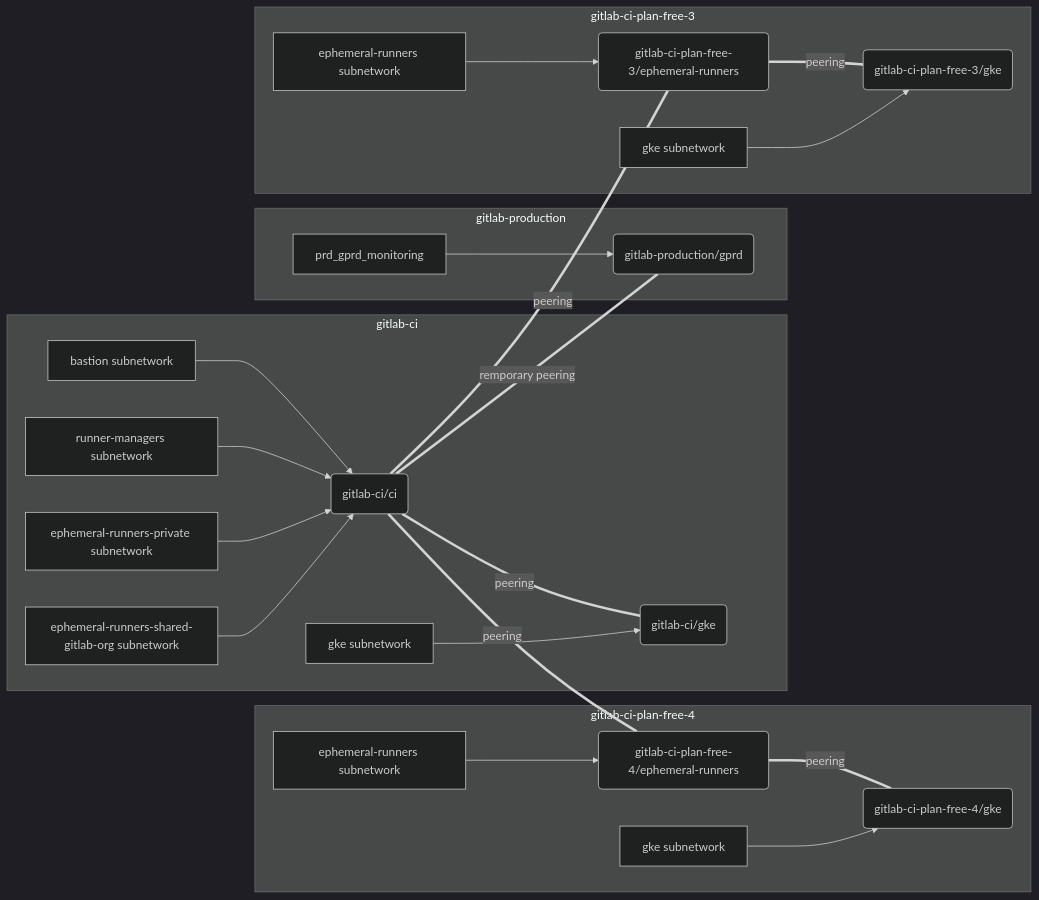
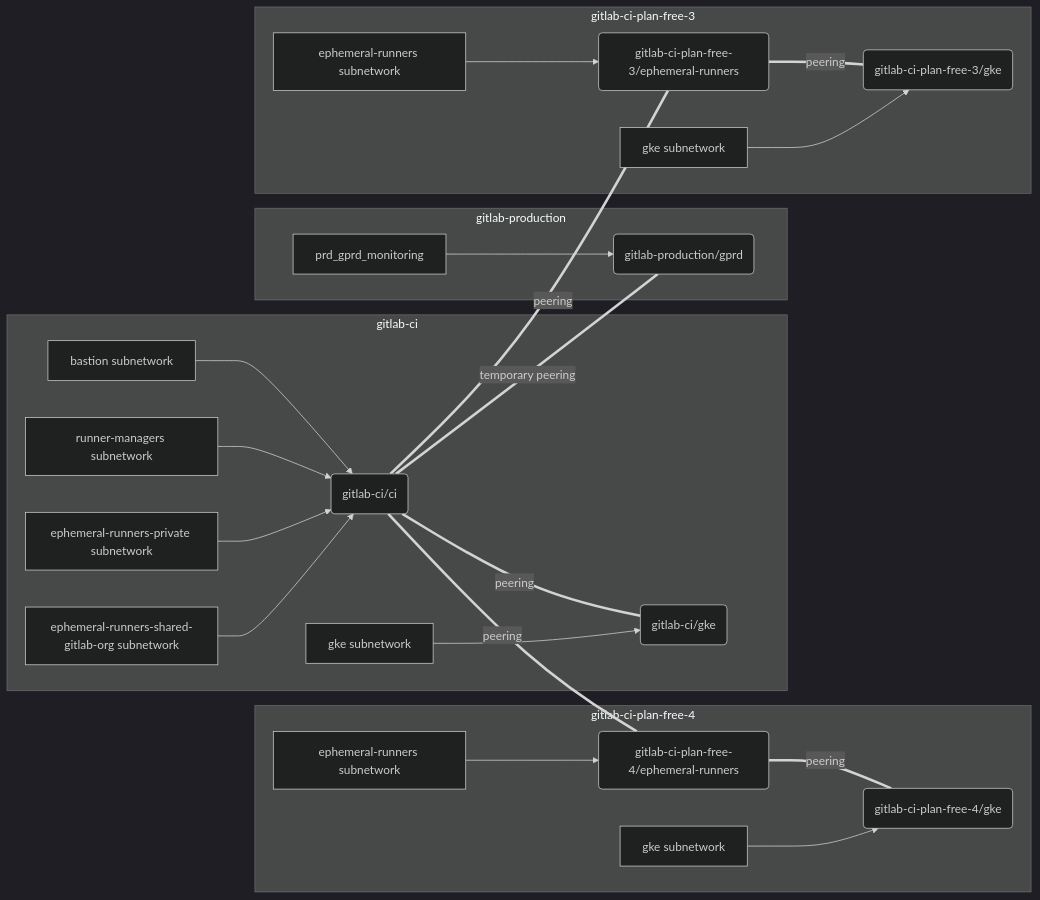
One commit to mattrussi/gitlab-com-runbooks changed the fourth of 4 diagrams in docs/ci-runners/README.md. Above: the diagram before and after it, drawn with Mermaid (dark theme).

Commit message:
docs(ci-runners): fix typo in network diagram

````diff
--- a/docs/ci-runners/README.md
+++ b/docs/ci-runners/README.md
@@ -264,55 +264,55 @@
 ```mermaid
 graph LR
   subgraph gitlab-ci
     ci_ci(gitlab-ci/ci)
     ci_ci_bastion[bastion subnetwork]
     ci_ci_runner_managers[runner-managers subnetwork]
     ci_ci_ep[ephemeral-runners-private subnetwork]
     ci_ci_esgo[ephemeral-runners-shared-gitlab-org subnetwork]
 
     ci_ci_gke(gitlab-ci/gke)
     ci_ci_gke_gke[gke subnetwork]
 
     ci_ci_bastion --> ci_ci
     ci_ci_runner_managers --> ci_ci
     ci_ci_ep --> ci_ci
     ci_ci_esgo --> ci_ci
     ci_ci ===|peering| ci_ci_gke
     ci_ci_gke_gke --> ci_ci_gke
   end
 
   subgraph gitlab-production
     prd_gprd(gitlab-production/gprd)
     prd_gprd_monitoring
 
     prd_gprd_monitoring --> prd_gprd
   end
 
   subgraph gitlab-ci-plan-free-4
     ci_plan_free_4_ephemeral(gitlab-ci-plan-free-4/ephemeral-runners)
     ci_plan_free_4_ephemeral_e[ephemeral-runners subnetwork]
 
     ci_plan_free_4_gke(gitlab-ci-plan-free-4/gke)
     ci_plan_free_4_gke_gke[gke subnetwork]
 
     ci_plan_free_4_ephemeral_e --> ci_plan_free_4_ephemeral
     ci_plan_free_4_ephemeral ===|peering| ci_plan_free_4_gke
     ci_plan_free_4_gke_gke --> ci_plan_free_4_gke
   end
 
   subgraph gitlab-ci-plan-free-3
     ci_plan_free_3_ephemeral(gitlab-ci-plan-free-3/ephemeral-runners)
     ci_plan_free_3_ephemeral_e[ephemeral-runners subnetwork]
 
     ci_plan_free_3_gke(gitlab-ci-plan-free-3/gke)
     ci_plan_free_3_gke_gke[gke subnetwork]
 
     ci_plan_free_3_ephemeral_e --> ci_plan_free_3_ephemeral
     ci_plan_free_3_ephemeral ===|peering| ci_plan_free_3_gke
     ci_plan_free_3_gke_gke --> ci_plan_free_3_gke
   end
 
-  ci_ci ===|remporary peering| prd_gprd
+  ci_ci ===|temporary peering| prd_gprd
   ci_ci ===|peering| ci_plan_free_3_ephemeral
   ci_ci ===|peering| ci_plan_free_4_ephemeral
 ```
````
